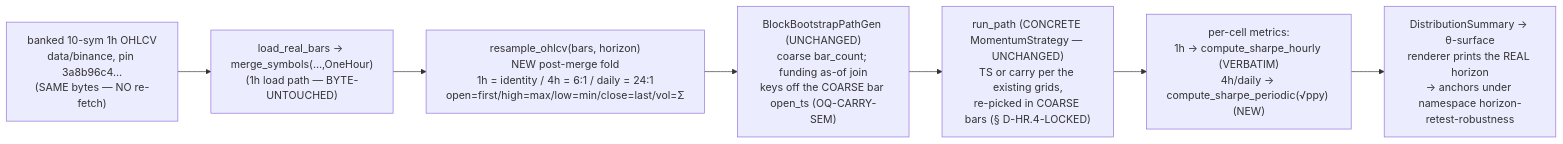
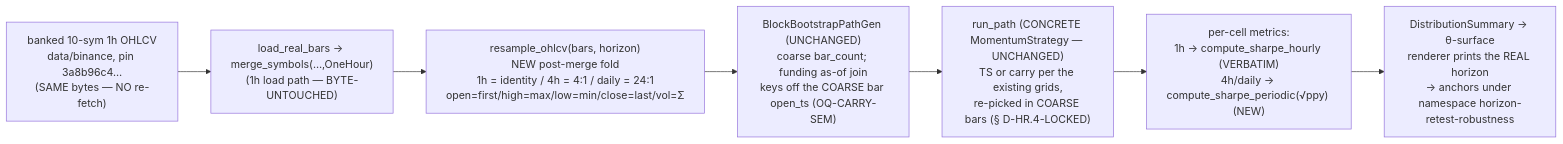
One commit to Orrimp/-Vibe-Trading changed the diagram in spec/horizon-retest-robustness/feature.md. Above: the diagram before and after it, drawn with Mermaid. The commit also changed other lines of this file and 5 other files, not shown here.

````diff
--- a/spec/horizon-retest-robustness/feature.md
+++ b/spec/horizon-retest-robustness/feature.md
@@ -622,10 +622,10 @@
 ```mermaid
 flowchart LR
   A["banked 10-sym 1h OHLCV<br/>data/binance, pin 3a8b96c4…<br/>(SAME bytes — NO re-fetch)"] --> B
   B["load_real_bars → merge_symbols(…,OneHour)<br/>(1h load path — BYTE-UNTOUCHED)"] --> C
-  C["resample_ohlcv(bars, horizon)<br/>NEW post-merge fold<br/>1h = identity / 4h = 6:1 / daily = 24:1<br/>open=first/high=max/low=min/close=last/vol=Σ"] --> D
+  C["resample_ohlcv(bars, horizon)<br/>NEW post-merge fold<br/>1h = identity / 4h = 4:1 / daily = 24:1<br/>open=first/high=max/low=min/close=last/vol=Σ"] --> D
   D["BlockBootstrapPathGen (UNCHANGED)<br/>coarse bar_count; funding as-of join<br/>keys off the COARSE bar open_ts (OQ-CARRY-SEM)"] --> E
   E["run_path (CONCRETE MomentumStrategy — UNCHANGED)<br/>TS or carry per the existing grids,<br/>re-picked in COARSE bars (§ D-HR.4-LOCKED)"] --> F
   F["per-cell metrics:<br/>1h → compute_sharpe_hourly (VERBATIM)<br/>4h/daily → compute_sharpe_periodic(√ppy) (NEW)"] --> G
   G["DistributionSummary → θ-surface<br/>renderer prints the REAL horizon<br/>→ anchors under namespace horizon-retest-robustness"]
 ```
````
